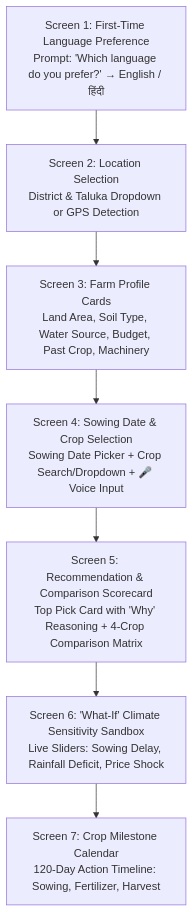
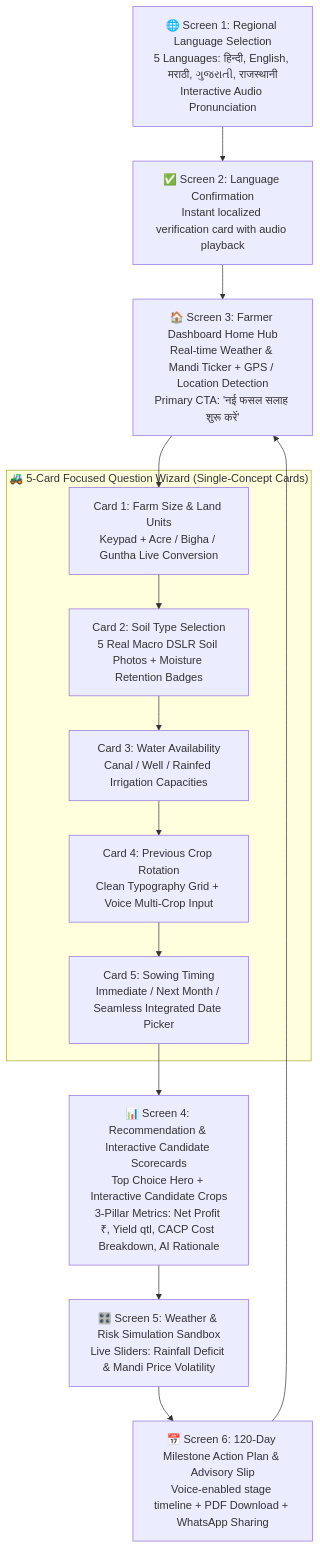
Before and after one commit to sujeetaionly/agri-decide-sih: the diagram in 02_user_flow.md, drawn with Mermaid. The commit also changed other lines of this file, not shown here.

Commit message:
docs: update 02_user_flow.md to reflect current 5-card wizard architecture, 5 languages, and interactive candidate scorecards

````diff
--- a/02_user_flow.md
+++ b/02_user_flow.md
@@ -8,9 +8,22 @@
 ```mermaid
 flowchart TD
-    S0[Screen 1: First-Time Language Preference\nPrompt: 'Which language do you prefer?' → English / हिंदी] --> S1[Screen 2: Location Selection\nDistrict & Taluka Dropdown or GPS Detection]
-    S1 --> S2[Screen 3: Farm Profile Cards\nLand Area, Soil Type, Water Source, Budget, Past Crop, Machinery]
-    S2 --> S3[Screen 4: Sowing Date & Crop Selection\nSowing Date Picker + Crop Search/Dropdown + 🎤 Voice Input]
-    S3 --> S4[Screen 5: Recommendation & Comparison Scorecard\nTop Pick Card with 'Why' Reasoning + 4-Crop Comparison Matrix]
-    S4 --> S5[Screen 6: 'What-If' Climate Sensitivity Sandbox\nLive Sliders: Sowing Delay, Rainfall Deficit, Price Shock]
-    S5 --> S6[Screen 7: Crop Milestone Calendar\n120-Day Action Timeline: Sowing, Fertilizer, Harvest]
+    L1[🌐 Screen 1: Regional Language Selection\n5 Languages: हिन्दी, English, मराठी, ગુજરાતી, राजस्थानी\nInteractive Audio Pronunciation] --> L2[✅ Screen 2: Language Confirmation\nInstant localized verification card with audio playback]
+    L2 --> H1[🏠 Screen 3: Farmer Dashboard Home Hub\nReal-time Weather & Mandi Ticker + GPS / Location Detection\nPrimary CTA: 'नई फसल सलाह शुरू करें']
+    
+    subgraph WIZARD ["🚜 5-Card Focused Question Wizard (Single-Concept Cards)"]
+        W1[Card 1: Farm Size & Land Units\nKeypad + Acre / Bigha / Guntha Live Conversion]
+        W2[Card 2: Soil Type Selection\n5 Real Macro DSLR Soil Photos + Moisture Retention Badges]
+        W3[Card 3: Water Availability\nCanal / Well / Rainfed Irrigation Capacities]
+        W4[Card 4: Previous Crop Rotation\nClean Typography Grid + Voice Multi-Crop Input]
+        W5[Card 5: Sowing Timing\nImmediate / Next Month / Seamless Integrated Date Picker]
+        
+        W1 --> W2 --> W3 --> W4 --> W5
+    end
+    
+    H1 --> W1
+    
+    W5 --> R1[📊 Screen 4: Recommendation & Interactive Candidate Scorecards\nTop Choice Hero + Interactive Candidate Crops\n3-Pillar Metrics: Net Profit ₹, Yield qtl, CACP Cost Breakdown, AI Rationale]
+    R1 --> R2[🎛️ Screen 5: Weather & Risk Simulation Sandbox\nLive Sliders: Rainfall Deficit & Mandi Price Volatility]
+    R2 --> R3[📅 Screen 6: 120-Day Milestone Action Plan & Advisory Slip\nVoice-enabled stage timeline + PDF Download + WhatsApp Sharing]
+    R3 --> H1
 ```
````
